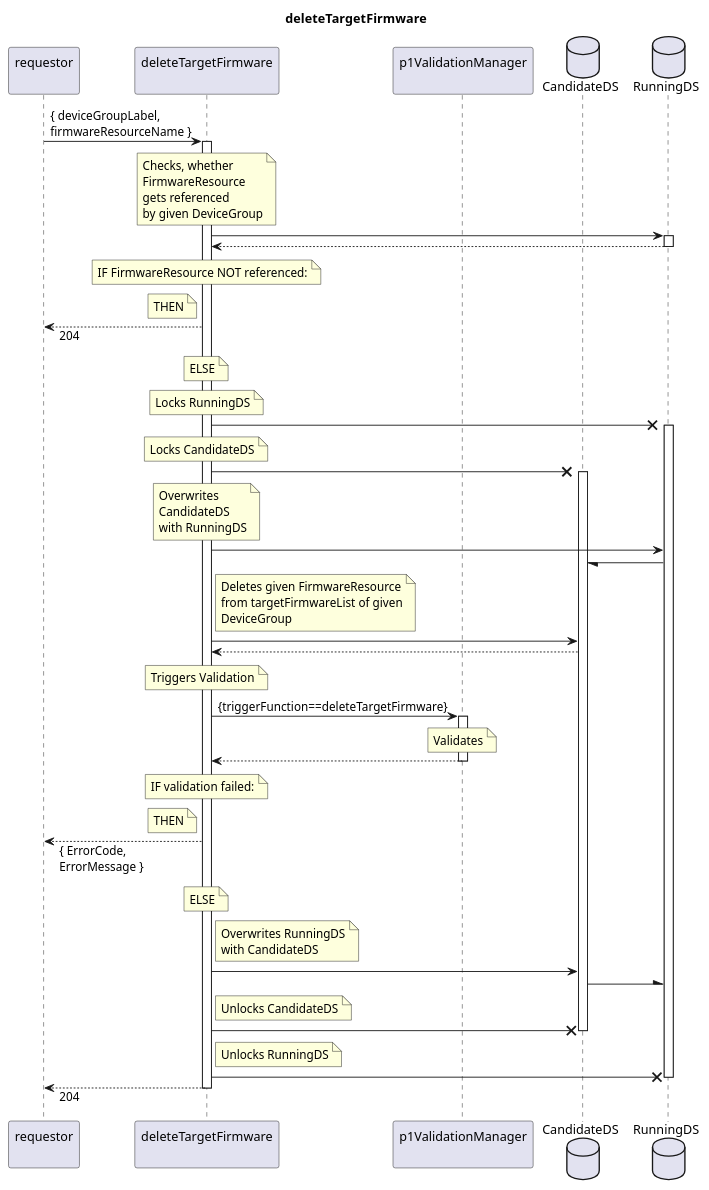
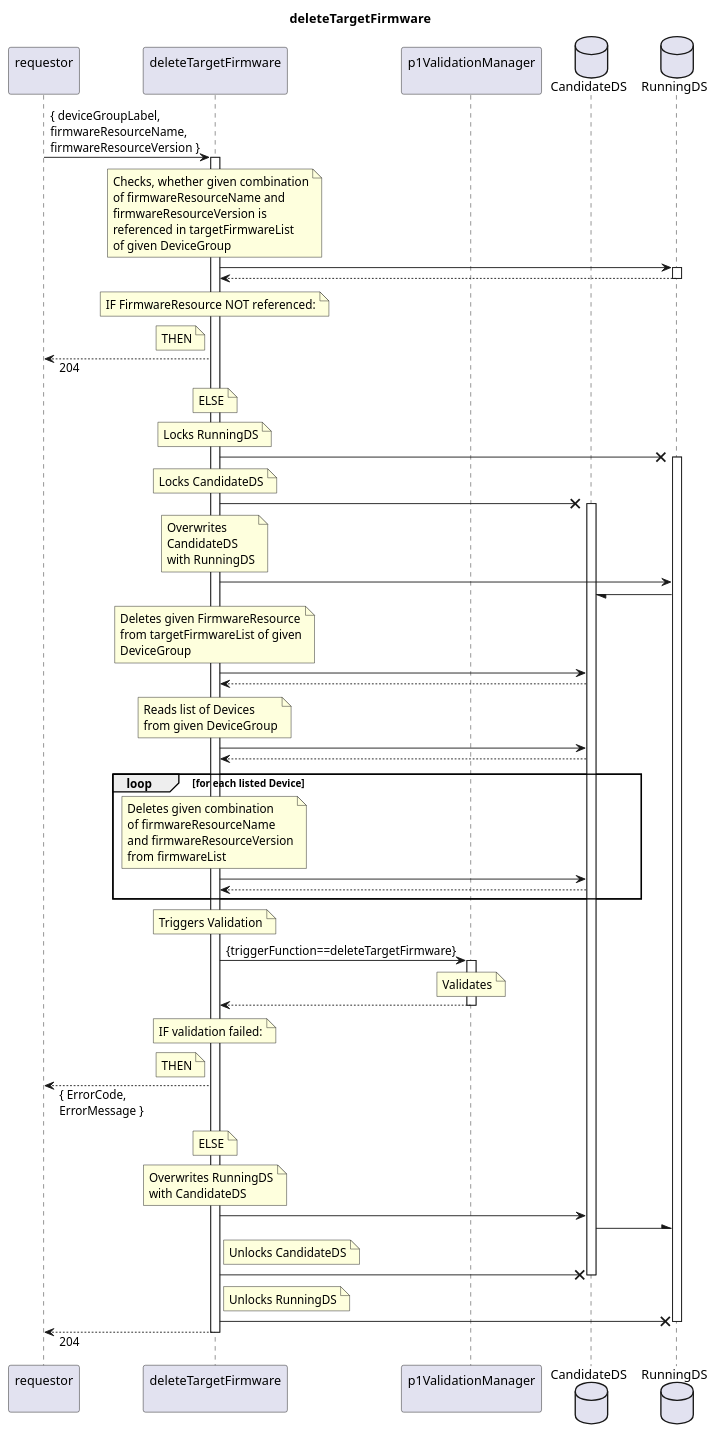
One commit to openBackhaul/FirmWareManager changed the diagram in spec/Services/deleteTargetFirmware/1.0.0/deleteTargetFirmware.plantuml. Above: the diagram before and after it, drawn with PlantUML. The commit also changed 15 other files, not shown here.

```diff
--- a/spec/Services/deleteTargetFirmware/1.0.0/deleteTargetFirmware.plantuml
+++ b/spec/Services/deleteTargetFirmware/1.0.0/deleteTargetFirmware.plantuml
@@ -1,106 +1,125 @@
 @startuml deleteTargetFirmware
 skinparam responseMessageBelowArrow true
 
 title
   deleteTargetFirmware
 end title
 
 participant "requestor\n" as requestor
 participant "deleteTargetFirmware\n" as delTarget
 participant "p1ValidationManager\n" as valiMan
 database "CandidateDS" as CanDS
 database "RunningDS" as RunDS
 
-requestor -> delTarget: { deviceGroupLabel,\nfirmwareResourceName }
+requestor -> delTarget: { deviceGroupLabel,\nfirmwareResourceName,\nfirmwareResourceVersion }
 activate delTarget
 
   note over delTarget
-    Checks, whether
-    FirmwareResource
-    gets referenced
-    by given DeviceGroup
+    Checks, whether given combination
+    of firmwareResourceName and
+    firmwareResourceVersion is 
+    referenced in targetFirmwareList
+    of given DeviceGroup
   end note
   delTarget -> RunDS
   activate RunDS
   delTarget <-- RunDS
   deactivate RunDS
   note over delTarget
     IF FirmwareResource NOT referenced:
   end note
   note left delTarget
     THEN
   end note
   requestor <-- delTarget: 204
   note over delTarget
     ELSE
   end note
 
   note over delTarget
     Locks RunningDS
   end note
   delTarget -X RunDS
   activate RunDS
   note over delTarget
     Locks CandidateDS
   end note
   delTarget -X CanDS
   activate CanDS
   note over delTarget
     Overwrites
     CandidateDS
     with RunningDS
   end note
   delTarget -> RunDS
   RunDS -/ CanDS
 
-  note right delTarget
+  note over delTarget
     Deletes given FirmwareResource
     from targetFirmwareList of given
     DeviceGroup
   end note
   delTarget -> CanDS
   delTarget <-- CanDS
+
+  note over delTarget
+    Reads list of Devices
+    from given DeviceGroup
+  end note
+  delTarget -> CanDS
+  delTarget <-- CanDS
+
+  loop for each listed Device
+    note over delTarget
+      Deletes given combination
+      of firmwareResourceName
+      and firmwareResourceVersion
+      from firmwareList
+    end note
+    delTarget -> CanDS
+    delTarget <-- CanDS
+  end loop
 
   note over delTarget
     Triggers Validation
   end note
   delTarget -> valiMan: {triggerFunction==deleteTargetFirmware}
   activate valiMan
     note over valiMan
       Validates
     end note
   delTarget <-- valiMan
   deactivate valiMan
   note over delTarget
     IF validation failed:
   end note
   note left delTarget
     THEN
   end note
   requestor <-- delTarget: { ErrorCode,\nErrorMessage }
   note over delTarget
     ELSE
   end note
 
-  note right delTarget
+  note over delTarget
     Overwrites RunningDS
     with CandidateDS
   end note
   delTarget -> CanDS
   CanDS -\ RunDS
   note right delTarget
     Unlocks CandidateDS
   end note
   delTarget -X CanDS
   deactivate CanDS
   note right delTarget
     Unlocks RunningDS
   end note
   delTarget -X RunDS
   deactivate RunDS
 
   requestor <-- delTarget: 204
 
 deactivate delTarget
 
 @enduml
```
